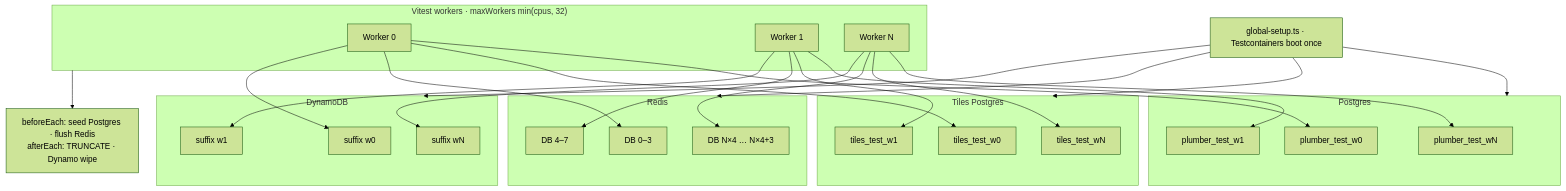
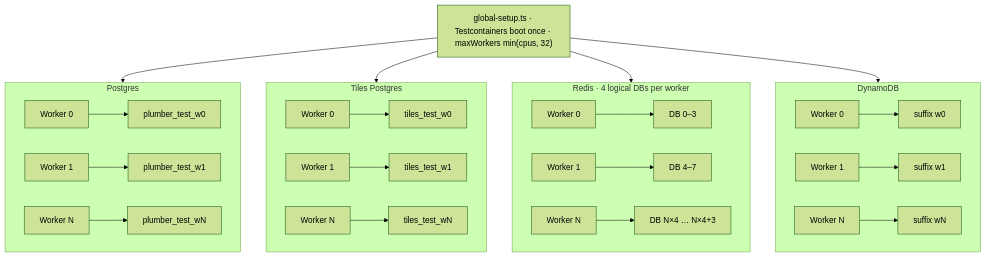
One commit to opengovsg/plumber changed the fourth of 4 diagrams in docs/blog-speeding-up-vitest-tests.md. Above: the diagram before and after it, drawn with Mermaid (forest theme).

Commit message:
docs: stack worker isolation after diagram as one row per resource

````diff
--- a/docs/blog-speeding-up-vitest-tests.md
+++ b/docs/blog-speeding-up-vitest-tests.md
@@ -155,57 +155,37 @@
 ```mermaid
 flowchart TB
-  GS["global-setup.ts · Testcontainers boot once"]
-
-  subgraph workers ["Vitest workers · maxWorkers min(cpus, 32)"]
-    W0["Worker 0"]
-    W1["Worker 1"]
-    WN["Worker N"]
-  end
+  GS["global-setup.ts · Testcontainers boot once · maxWorkers min(cpus, 32)"]
 
   subgraph pg ["Postgres"]
-    PG0["plumber_test_w0"]
-    PG1["plumber_test_w1"]
-    PGN["plumber_test_wN"]
+    direction LR
+    W0p["Worker 0"] --> PG0["plumber_test_w0"]
+    W1p["Worker 1"] --> PG1["plumber_test_w1"]
+    WNp["Worker N"] --> PGN["plumber_test_wN"]
   end
 
   subgraph tiles ["Tiles Postgres"]
-    T0["tiles_test_w0"]
-    T1["tiles_test_w1"]
-    TN["tiles_test_wN"]
+    direction LR
+    W0t["Worker 0"] --> T0["tiles_test_w0"]
+    W1t["Worker 1"] --> T1["tiles_test_w1"]
+    WNt["Worker N"] --> TN["tiles_test_wN"]
   end
 
-  subgraph redis ["Redis"]
-    R0["DB 0–3"]
-    R1["DB 4–7"]
-    RN["DB N×4 … N×4+3"]
+  subgraph redis ["Redis · 4 logical DBs per worker"]
+    direction LR
+    W0r["Worker 0"] --> R0["DB 0–3"]
+    W1r["Worker 1"] --> R1["DB 4–7"]
+    WNr["Worker N"] --> RN["DB N×4 … N×4+3"]
   end
 
   subgraph dynamo ["DynamoDB"]
-    D0["suffix w0"]
-    D1["suffix w1"]
-    DN["suffix wN"]
+    direction LR
+    W0d["Worker 0"] --> D0["suffix w0"]
+    W1d["Worker 1"] --> D1["suffix w1"]
+    WNd["Worker N"] --> DN["suffix wN"]
   end
 
   GS --> pg
   GS --> tiles
   GS --> redis
   GS --> dynamo
-
-  W0 --> PG0
-  W0 --> T0
-  W0 --> R0
-  W0 --> D0
-
-  W1 --> PG1
-  W1 --> T1
-  W1 --> R1
-  W1 --> D1
-
-  WN --> PGN
-  WN --> TN
-  WN --> RN
-  WN --> DN
-
-  HOOK["beforeEach: seed Postgres · flush Redis\nafterEach: TRUNCATE · Dynamo wipe"]
-  workers --> HOOK
 ```
````
